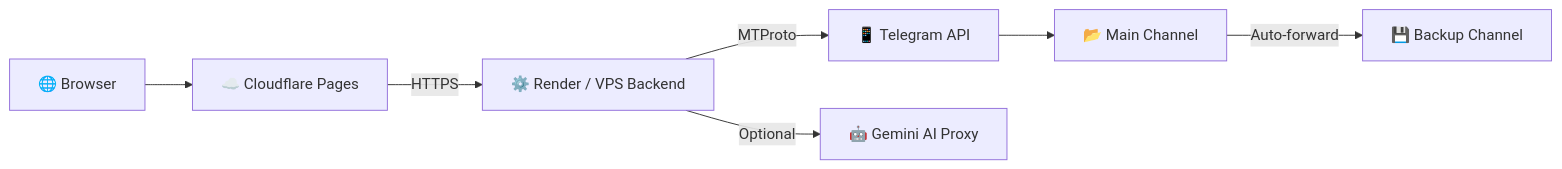
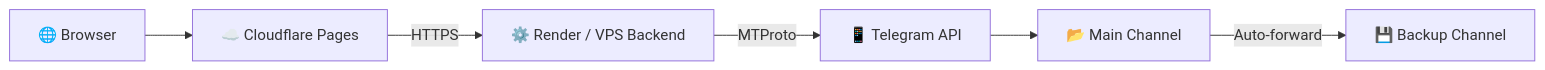
One commit to Sathyamoorthy143/Telegram-Drive-Desktop changed the first of 2 diagrams in app/README.md. Above: the diagram before and after it, drawn with Mermaid. The commit also changed other lines of this file and 33 other files, not shown here.

````diff
--- a/app/README.md
+++ b/app/README.md
@@ -37,9 +37,8 @@
 ```mermaid
 graph LR
     A[🌐 Browser] --> B[☁️ Cloudflare Pages]
     B -->|HTTPS| C[⚙️ Render / VPS Backend]
     C -->|MTProto| D[📱 Telegram API]
     D --> E[📂 Main Channel]
     E -->|Auto-forward| F[💾 Backup Channel]
-    C -->|Optional| G[🤖 Gemini AI Proxy]
 ```
````
